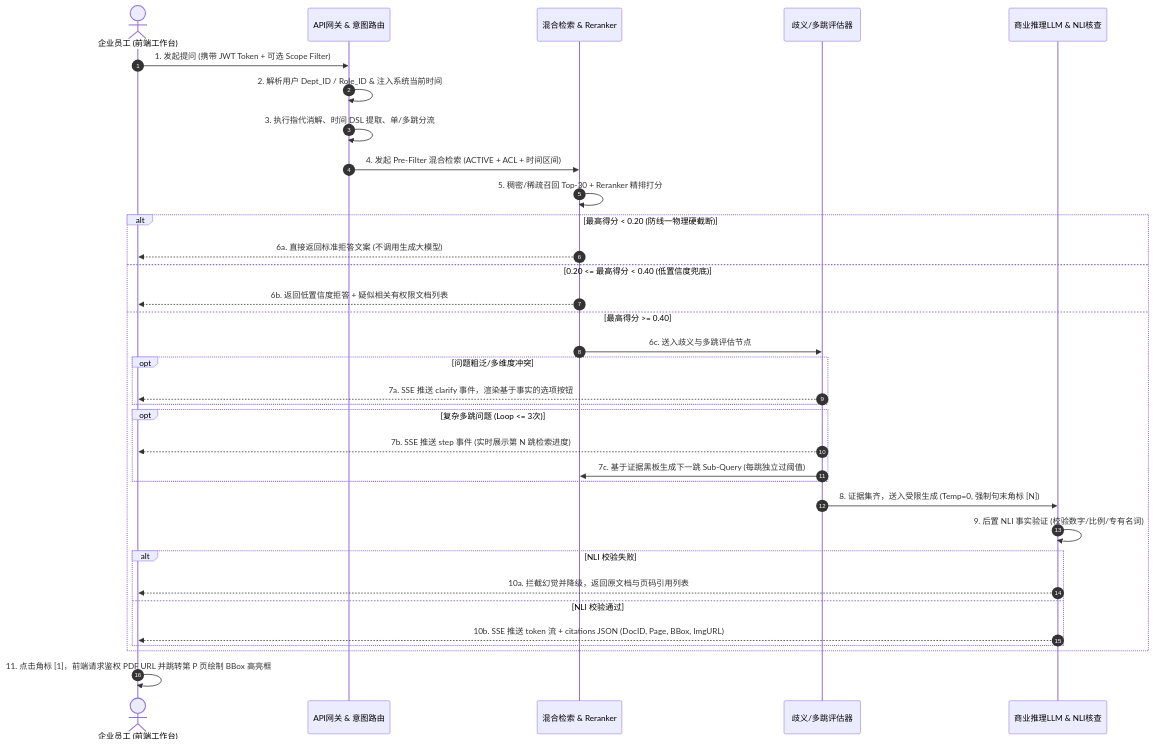
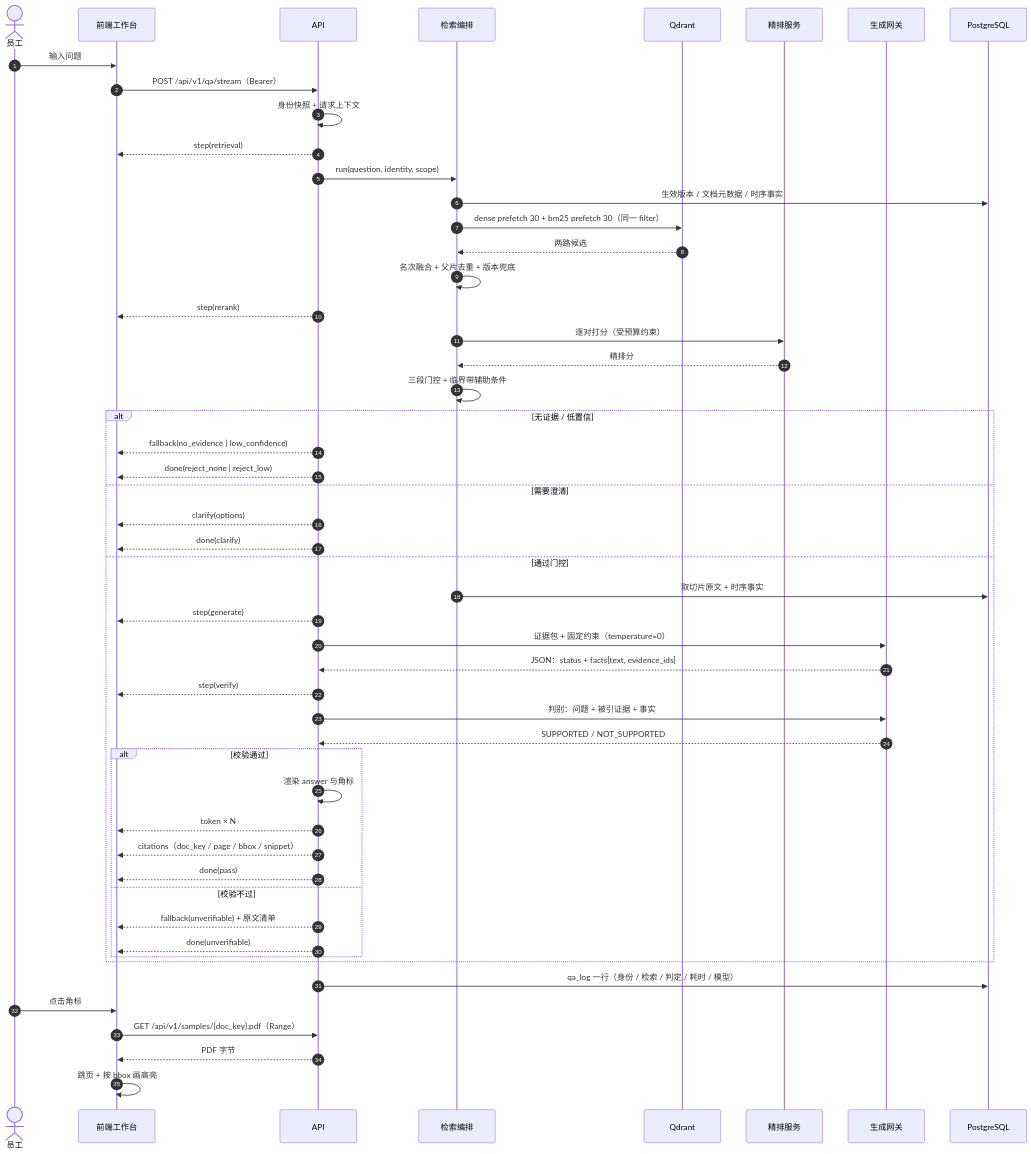
The fourth of 8 diagrams in 架构图集.md (kvchen95/ai-rag), drawn with Mermaid before and after one commit. The commit also changed other lines of this file and 4 other files, not shown here.

First line of the commit message:
docs: 按当前实现重写架构图集、概要设计与详细设计

````diff
--- a/架构图集.md
+++ b/架构图集.md
@@ -185,42 +223,56 @@
 ```mermaid
 sequenceDiagram
     autonumber
-    actor User as 企业员工 (前端工作台)
-    participant GW as API网关 & 意图路由
-    participant Search as 混合检索 & Reranker
-    participant Agent as 歧义/多跳评估器
-    participant LLM as 商业推理LLM & NLI核查
+    actor U as 员工
+    participant W as 前端工作台
+    participant A as API
+    participant R as 检索编排
+    participant Q as Qdrant
+    participant M as 精排服务
+    participant G as 生成网关
+    participant P as PostgreSQL
 
-    User->>GW: 1. 发起提问 (携带 JWT Token + 可选 Scope Filter)
-    GW->>GW: 2. 解析用户 Dept_ID / Role_ID & 注入系统当前时间
-    GW->>GW: 3. 执行指代消解、时间 DSL 提取、单/多跳分流
-    GW->>Search: 4. 发起 Pre-Filter 混合检索 (ACTIVE + ACL + 时间区间)
-    Search->>Search: 5. 稠密/稀疏召回 Top-30 + Reranker 精排打分
+    U->>W: 输入问题
+    W->>A: POST /api/v1/qa/stream（Bearer）
+    A->>A: 身份快照 + 请求上下文
+    A-->>W: step(retrieval)
+    A->>R: run(question, identity, scope)
+    R->>P: 生效版本 / 文档元数据 / 时序事实
+    R->>Q: dense prefetch 30 + bm25 prefetch 30（同一 filter）
+    Q-->>R: 两路候选
+    R->>R: 名次融合 + 父片去重 + 版本兜底
+    A-->>W: step(rerank)
+    R->>M: 逐对打分（受预算约束）
+    M-->>R: 精排分
+    R->>R: 三段门控 + 临界带辅助条件
 
-    alt 最高得分 < 0.20 (防线一物理硬截断)
-        Search-->>User: 6a. 直接返回标准拒答文案 (不调用生成大模型)
-    else 0.20 <= 最高得分 < 0.40 (低置信度兜底)
-        Search-->>User: 6b. 返回低置信度拒答 + 疑似相关有权限文档列表
-    else 最高得分 >= 0.40
-        Search->>Agent: 6c. 送入歧义与多跳评估节点
-
-        opt 问题粗泛/多维度冲突
-            Agent-->>User: 7a. SSE 推送 clarify 事件，渲染基于事实的选项按钮
-        end
-
-        opt 复杂多跳问题 (Loop <= 3次)
-            Agent-->>User: 7b. SSE 推送 step 事件 (实时展示第 N 跳检索进度)
-            Agent->>Search: 7c. 基于证据黑板生成下一跳 Sub-Query (每跳独立过阈值)
-        end
-
-        Agent->>LLM: 8. 证据集齐，送入受限生成 (Temp=0, 强制句末角标 [N])
-        LLM->>LLM: 9. 后置 NLI 事实验证 (校验数字/比例/专有名词)
-        alt NLI 校验失败
-            LLM-->>User: 10a. 拦截幻觉并降级，返回原文档与页码引用列表
-        else NLI 校验通过
-            LLM-->>User: 10b. SSE 推送 token 流 + citations JSON (DocID, Page, BBox, ImgURL)
+    alt 无证据 / 低置信
+        A-->>W: fallback(no_evidence | low_confidence)
+        A-->>W: done(reject_none | reject_low)
+    else 需要澄清
+        A-->>W: clarify(options)
+        A-->>W: done(clarify)
+    else 通过门控
+        R->>P: 取切片原文 + 时序事实
+        A-->>W: step(generate)
+        A->>G: 证据包 + 固定约束（temperature=0）
+        G-->>A: JSON：status + facts[text, evidence_ids]
+        A-->>W: step(verify)
+        A->>G: 判别：问题 + 被引证据 + 事实
+        G-->>A: SUPPORTED / NOT_SUPPORTED
+        alt 校验通过
+            A->>A: 渲染 answer 与角标
+            A-->>W: token × N
+            A-->>W: citations（doc_key / page / bbox / snippet）
+            A-->>W: done(pass)
+        else 校验不过
+            A-->>W: fallback(unverifiable) + 原文清单
+            A-->>W: done(unverifiable)
         end
     end
-
-    User->>User: 11. 点击角标 [1]，前端请求鉴权 PDF URL 并跳转第 P 页绘制 BBox 高亮框
+    A->>P: qa_log 一行（身份 / 检索 / 判定 / 耗时 / 模型）
+    U->>W: 点击角标
+    W->>A: GET /api/v1/samples/{doc_key}.pdf（Range）
+    A-->>W: PDF 字节
+    W->>W: 跳页 + 按 bbox 画高亮
 ```
````
